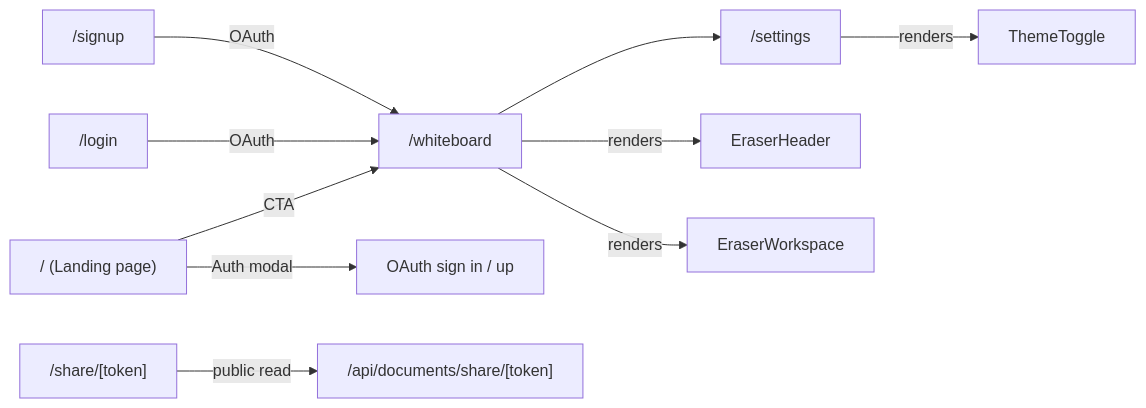
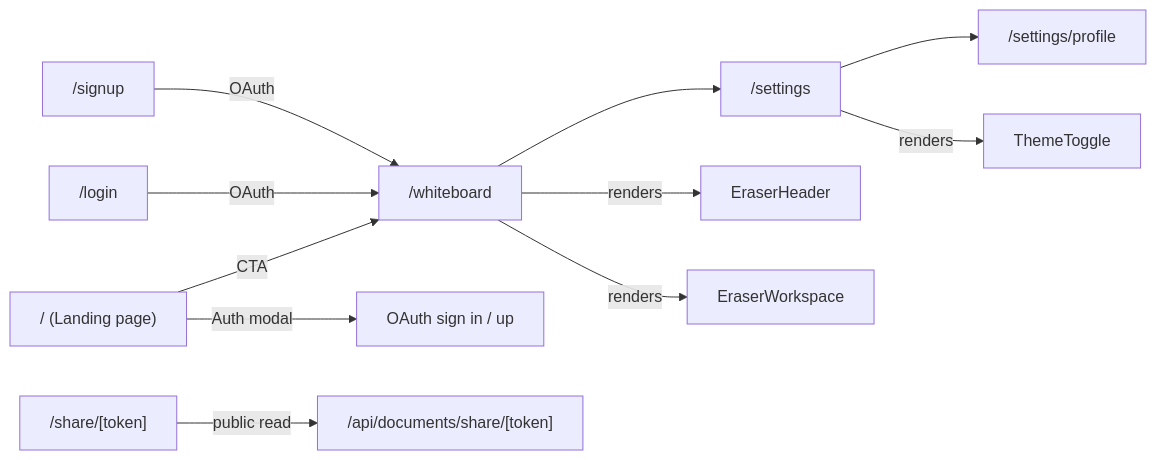
The first of 2 diagrams in Documentation/04-routing-and-pages.md (BhupendraLute/eraserio-clone), drawn with Mermaid before and after one commit. The commit also changed other lines of this file and 33 other files, not shown here.

First line of the commit message:
feat(profile-userflow): elevate profile settings, document UX, and workspace team management

````diff
--- a/Documentation/04-routing-and-pages.md
+++ b/Documentation/04-routing-and-pages.md
@@ -10,13 +10,14 @@
 ```mermaid
 flowchart LR
     ROOT["/ (Landing page)"] -->|CTA| WB["/whiteboard"]
     ROOT -->|Auth modal| AUTH["OAuth sign in / up"]
     WB --> SET["/settings"]
+    SET --> PROFILE["/settings/profile"]
     LOGIN["/login"] -->|OAuth| WB
     SIGNUP["/signup"] -->|OAuth| WB
     SHARE["/share/[token]"] -->|public read| API["/api/documents/share/[token]"]
 
     WB -->|renders| HDR["EraserHeader"]
     WB -->|renders| WS["EraserWorkspace"]
     SET -->|renders| TOGGLE["ThemeToggle"]
 ```
````
